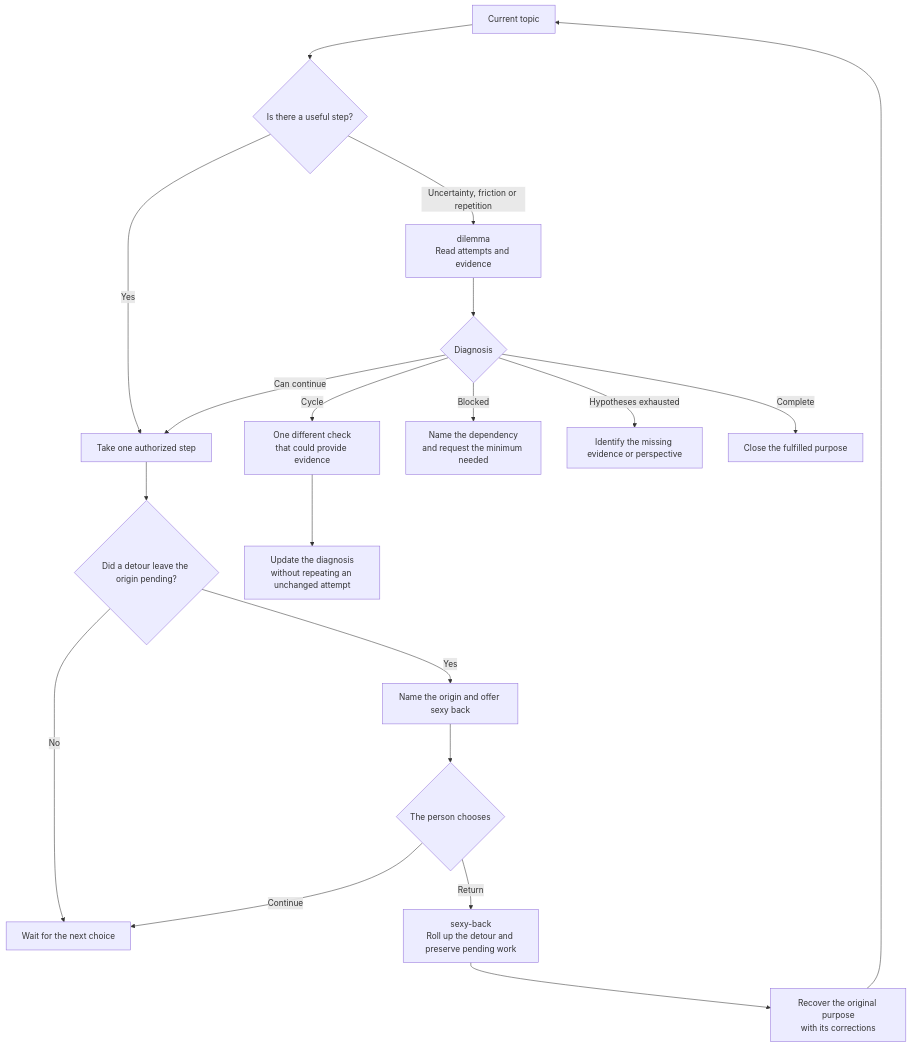
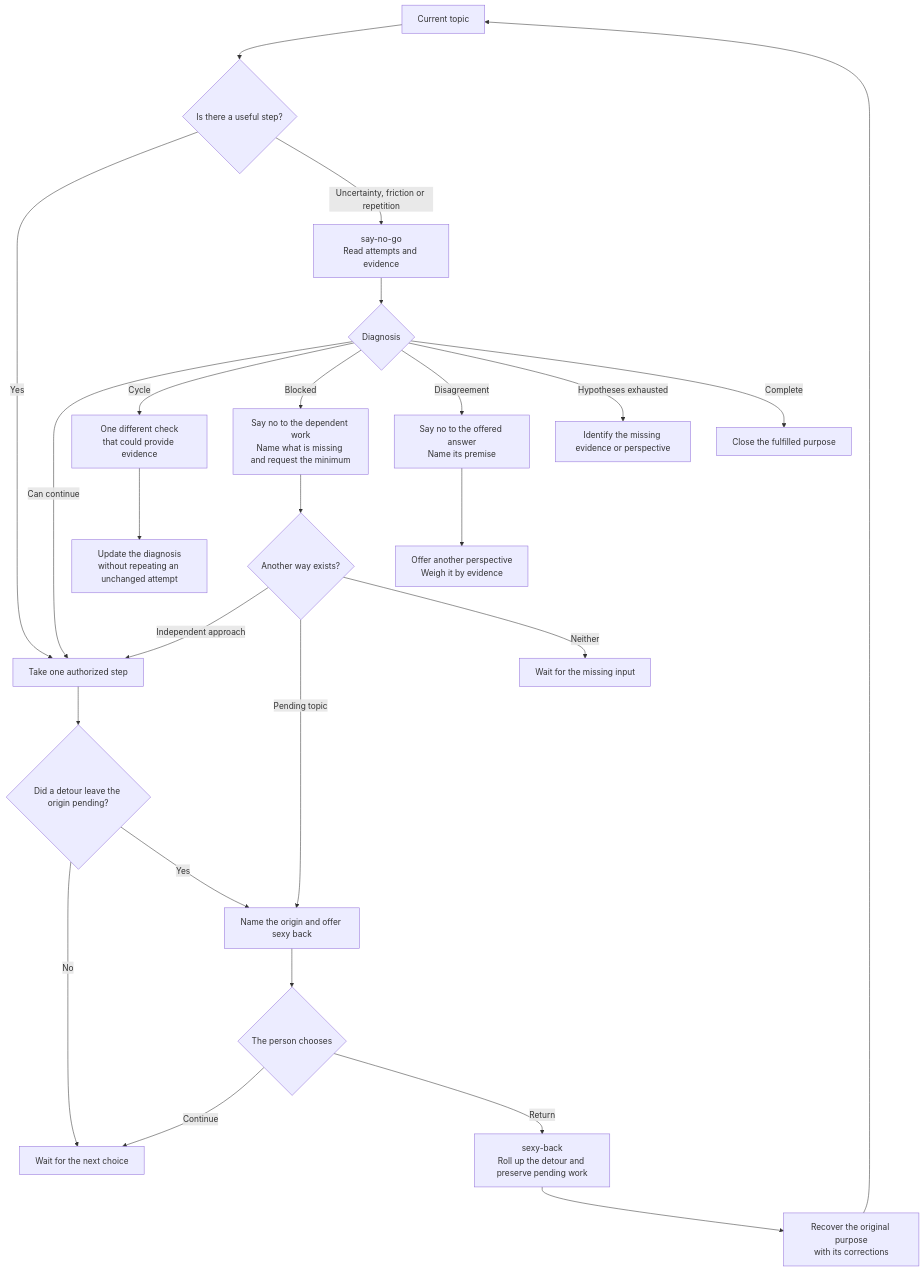
Before and after one commit to cangrejometralleta/OneTwoThree: the eighth of 11 diagrams in docs/presentation.en.md, drawn with Mermaid. The commit also changed other lines of this file and 13 other files, not shown here.

First line of the commit message:
Rename dilemma to say-no-go and let it stop blocks and disputed answers

````diff
--- a/docs/presentation.en.md
+++ b/docs/presentation.en.md
@@ -268,21 +268,27 @@
 ```mermaid
 flowchart TD
     CURRENT["Current topic"] --> CHECK{"Is there a useful step?"}
     CHECK -- Yes --> STEP["Take one authorized step"]
-    CHECK -- "Uncertainty, friction or repetition" --> UNBLOCK["dilemma<br/>Read attempts and evidence"]
+    CHECK -- "Uncertainty, friction or repetition" --> UNBLOCK["say-no-go<br/>Read attempts and evidence"]
     UNBLOCK --> STATE{"Diagnosis"}
     STATE -- "Can continue" --> STEP
     STATE -- Cycle --> OBSERVE["One different check<br/>that could provide evidence"]
     OBSERVE --> RESULT["Update the diagnosis<br/>without repeating an unchanged attempt"]
-    STATE -- Blocked --> NEED["Name the dependency<br/>and request the minimum needed"]
+    STATE -- Blocked --> NEED["Say no to the dependent work<br/>Name what is missing and request the minimum"]
+    NEED --> WAY{"Another way exists?"}
+    WAY -- "Independent approach" --> STEP
+    WAY -- "Pending topic" --> OFFER
+    WAY -- Neither --> WAITING["Wait for the missing input"]
+    STATE -- Disagreement --> REJECT["Say no to the offered answer<br/>Name its premise"]
+    REJECT --> PERSPECTIVE["Offer another perspective<br/>Weigh it by evidence"]
     STATE -- "Hypotheses exhausted" --> HELP["Identify the missing evidence or perspective"]
     STATE -- Complete --> DONE["Close the fulfilled purpose"]
     STEP --> RETURN{"Did a detour leave the origin pending?"}
     RETURN -- No --> WAIT["Wait for the next choice"]
     RETURN -- Yes --> OFFER["Name the origin and offer sexy back"]
     OFFER --> CHOICE{"The person chooses"}
     CHOICE -- Continue --> WAIT
     CHOICE -- Return --> ROLL["sexy-back<br/>Roll up the detour and preserve pending work"]
     ROLL --> ORIGIN["Recover the original purpose<br/>with its corrections"]
     ORIGIN --> CURRENT
 ```
````
